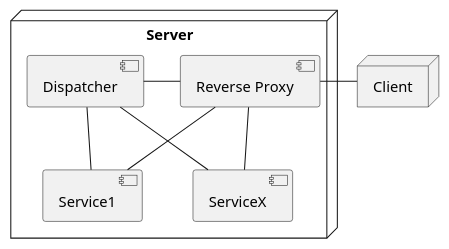
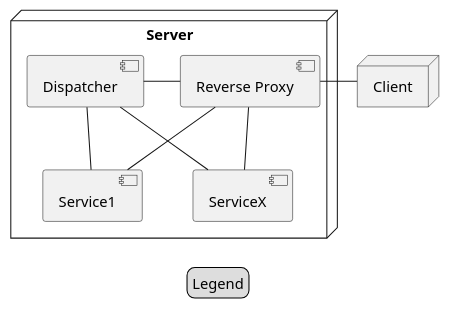
One commit to traderbook/documentation changed the diagram in dev-docs/specs/techniques/stddispatcher.adoc. Above: the diagram before and after it, drawn with PlantUML. The commit also changed other lines of this file and 109 other files, not shown here.

```diff
--- a/dev-docs/specs/techniques/stddispatcher.adoc
+++ b/dev-docs/specs/techniques/stddispatcher.adoc
@@ -8,19 +8,23 @@
 [plantuml, format="svg", role="right"]
 ....
+legend
+Legend
+endlegend
+
 node Client
 
 node Server {
     component "Reverse Proxy" as ReverseProxy
     component Dispatcher
     component Service1
     component ServiceX
 
     ReverseProxy -left- Dispatcher
     Dispatcher -down- Service1
     Dispatcher -down- ServiceX
     ReverseProxy -down- Service1
     ReverseProxy -down- ServiceX
 }
 
 Client -right- ReverseProxy
 ....
```
